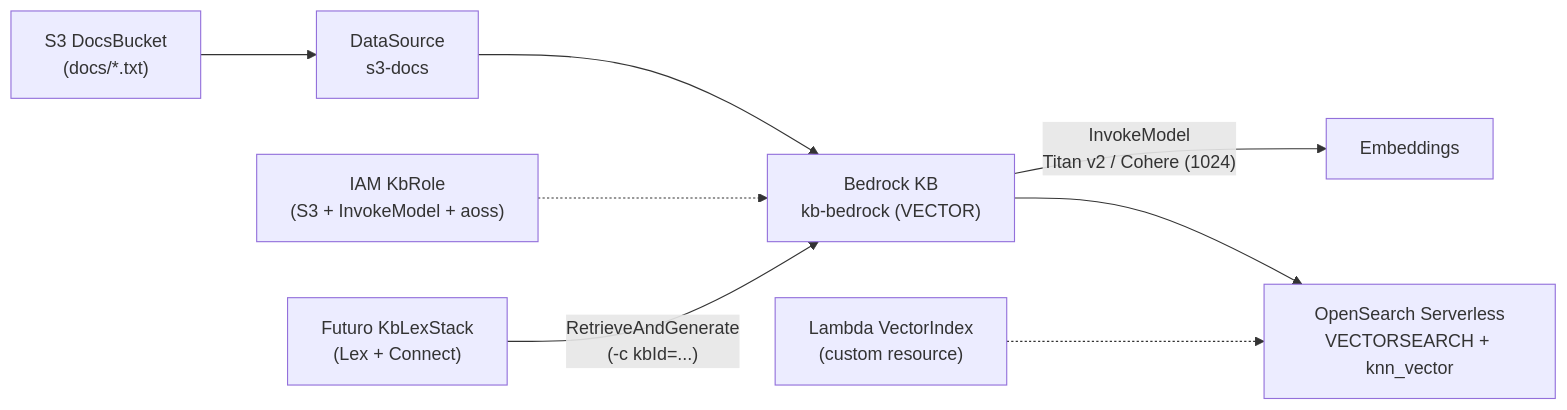
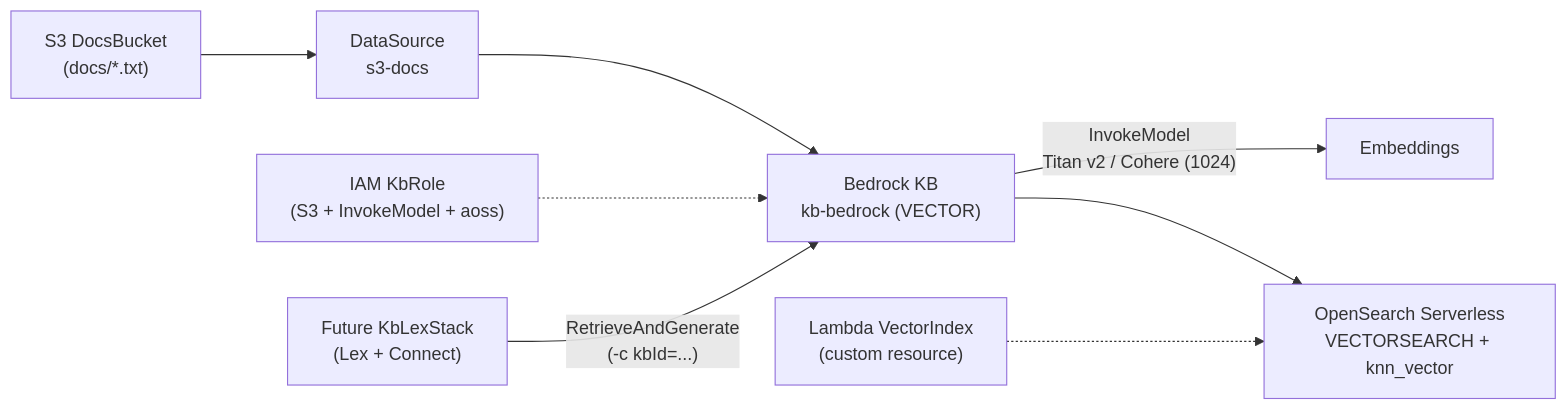
The diagram in README.md (kaesar/demo-kb), drawn with Mermaid before and after one commit. The commit also changed other lines of this file, not shown here.

````diff
--- a/README.md
+++ b/README.md
@@ -13,10 +13,10 @@
 ```mermaid
 flowchart LR
     Docs["S3 DocsBucket<br/>(docs/*.txt)"] --> DS["DataSource<br/>s3-docs"]
     DS --> KB["Bedrock KB<br/>kb-bedrock (VECTOR)"]
     KB -- "InvokeModel<br/>Titan v2 / Cohere (1024)" --> Emb["Embeddings"]
     KB --> AOSS["OpenSearch Serverless<br/>VECTORSEARCH + knn_vector"]
     Handler["Lambda VectorIndex<br/>(custom resource)"] -.-> AOSS
     KbRole["IAM KbRole<br/>(S3 + InvokeModel + aoss)"] -.-> KB
-    Lex["Futuro KbLexStack<br/>(Lex + Connect)"] -- "RetrieveAndGenerate<br/>(-c kbId=...)" --> KB
+    Lex["Future KbLexStack<br/>(Lex + Connect)"] -- "RetrieveAndGenerate<br/>(-c kbId=...)" --> KB
 ```
````
